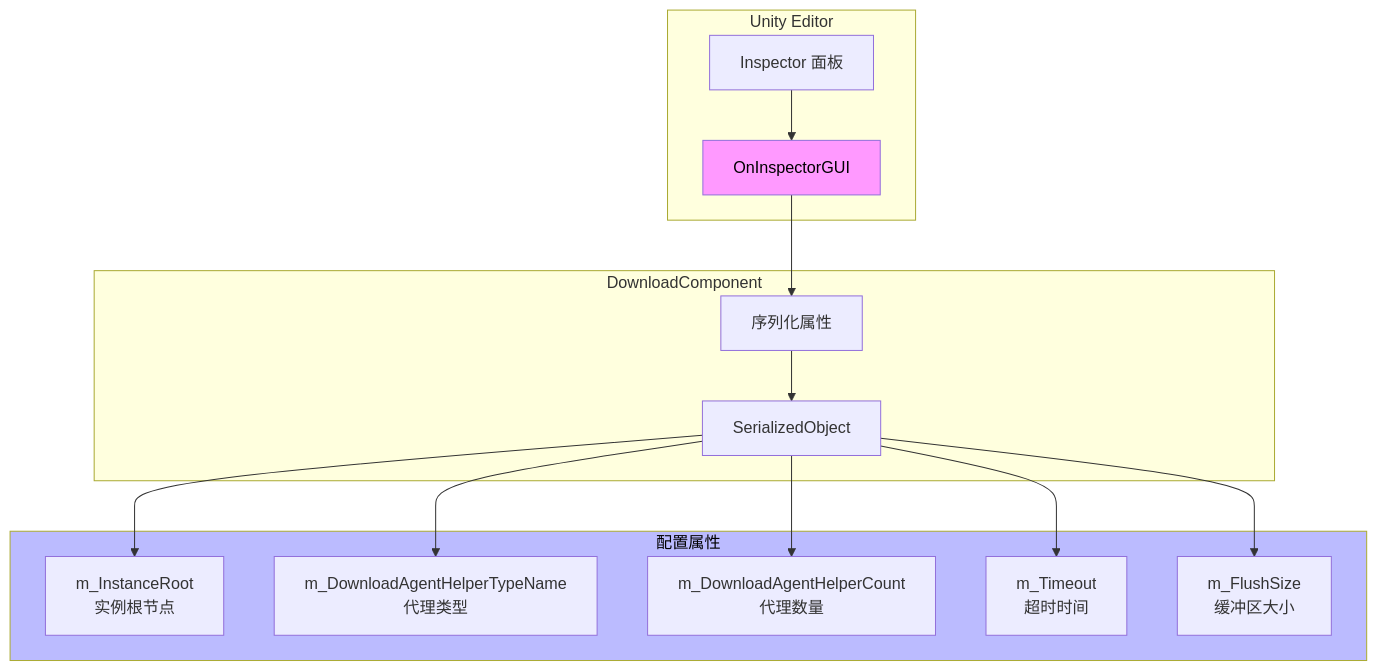
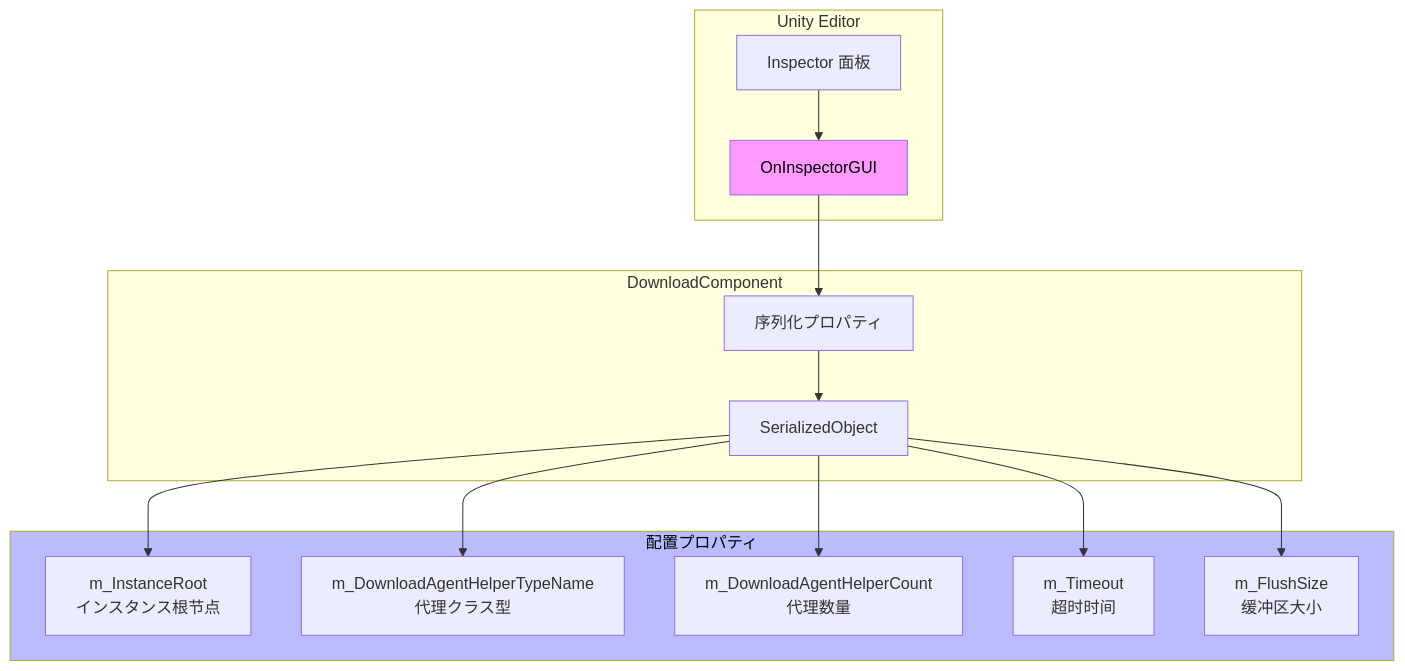
The first of 2 diagrams in docs/ja/client/unity/component/download/07.editor-configuration.md (AlianBlank/GameFrameX.Docs), drawn with Mermaid before and after one commit. The commit also changed other lines of this file and 603 other files, not shown here.

````diff
--- a/docs/ja/client/unity/component/download/07.editor-configuration.md
+++ b/docs/ja/client/unity/component/download/07.editor-configuration.md
@@ -244,33 +244,33 @@
 ```mermaid
 flowchart TD
     subgraph UnityEditor["Unity Editor"]
         Inspector[Inspector 面板]
         Draw[OnInspectorGUI]
     end
 
     subgraph DownloadComponent["DownloadComponent"]
-        Props[序列化属性]
+        Props[序列化プロパティ]
         SerializedObject[SerializedObject]
     end
 
     Inspector --> Draw
     Draw --> Props
     Props --> SerializedObject
 
-    subgraph ConfigProperties["配置属性"]
-        InstanceRoot["m_InstanceRoot<br/>实例根节点"]
-        AgentType["m_DownloadAgentHelperTypeName<br/>代理类型"]
+    subgraph ConfigProperties["配置プロパティ"]
+        InstanceRoot["m_InstanceRoot<br/>インスタンス根节点"]
+        AgentType["m_DownloadAgentHelperTypeName<br/>代理クラス型"]
         AgentCount["m_DownloadAgentHelperCount<br/>代理数量"]
         Timeout["m_Timeout<br/>超时时间"]
         FlushSize["m_FlushSize<br/>缓冲区大小"]
     end
 
     SerializedObject --> InstanceRoot
     SerializedObject --> AgentType
     SerializedObject --> AgentCount
     SerializedObject --> Timeout
     SerializedObject --> FlushSize
 
     style Draw fill:#f9f,color:#000
     style ConfigProperties fill:#bbf,color:#000
 ```
````
